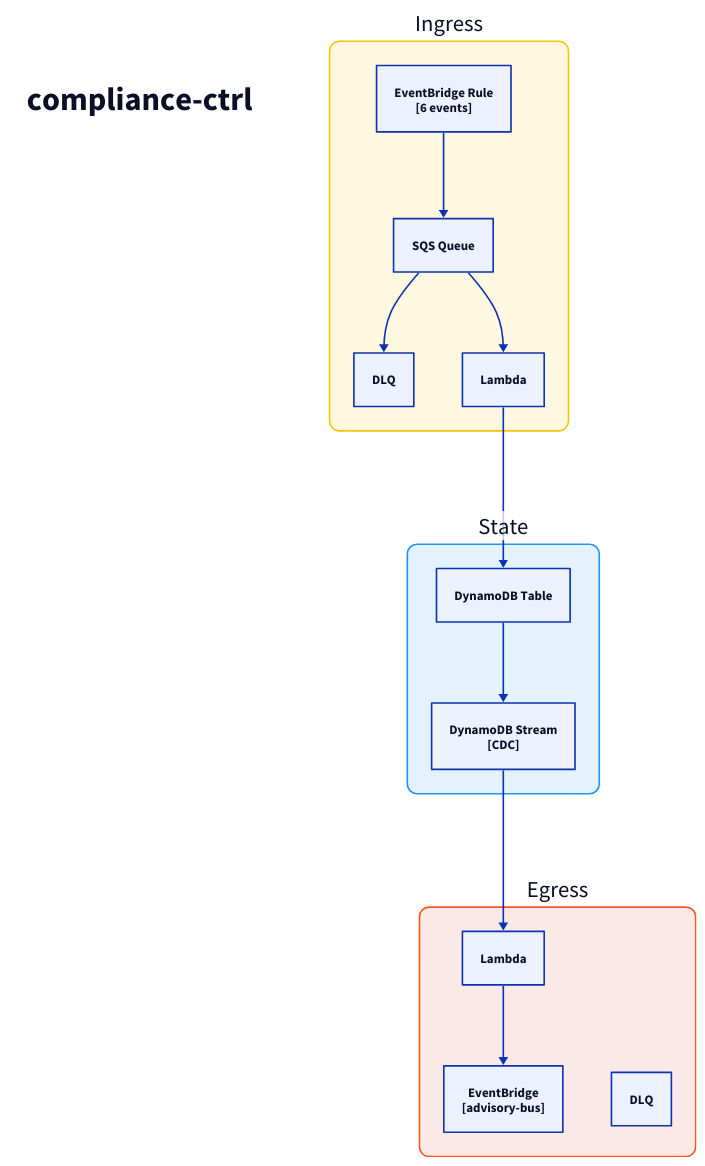
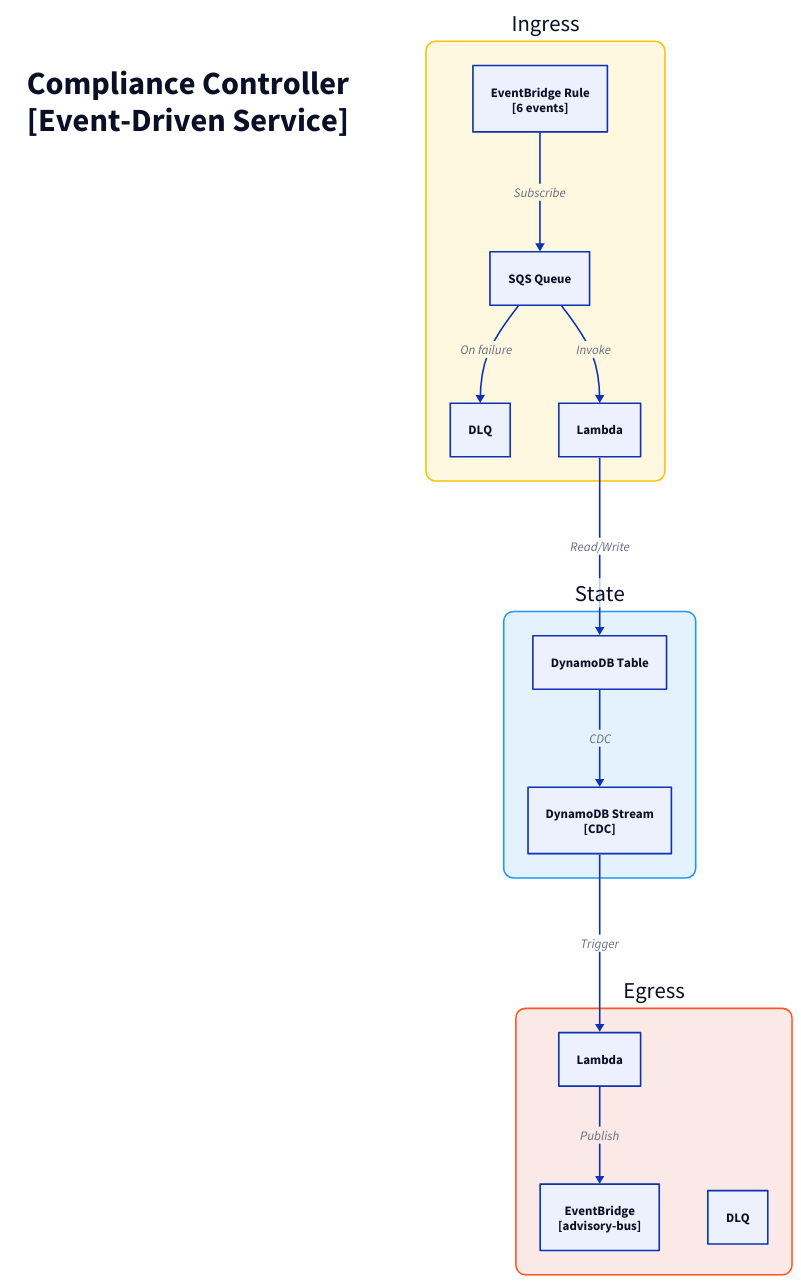
One commit to fabio-vitali/nestfolio changed the diagram in docs/architecture/c3/compliance-ctrl.d2. Above: the diagram before and after it, drawn with D2. The commit also changed 71 other files, not shown here.

Commit message:
fix: regenerate C4 diagrams with semantic labels

```diff
--- a/docs/architecture/c3/compliance-ctrl.d2
+++ b/docs/architecture/c3/compliance-ctrl.d2
@@ -1,36 +1,37 @@
 direction: down
 
-title: "compliance-ctrl" {
+title: "Compliance Controller\n[Event-Driven Service]" {
   style: { font-size: 40; bold: true; fill: transparent; stroke: transparent }
 }
 
 ingress: "Ingress" {
   style: { fill: "#FFF8E1"; stroke: "#FFC107"; border-radius: 12; font-size: 28 }
   rule: "EventBridge Rule\n[6 events]" { class: aws-eventbridge }
   sqs: "SQS Queue" { class: aws-sqs }
   dlq: "DLQ" { class: aws-dlq }
   handler: "Lambda" { class: aws-lambda }
 
-  rule -> sqs -> handler
-  sqs -> dlq
+  rule -> sqs: Subscribe
+  sqs -> handler: Invoke
+  sqs -> dlq: On failure
 }
 
 state: "State" {
   style: { fill: "#E3F2FD"; stroke: "#2196F3"; border-radius: 12; font-size: 28 }
   table: "DynamoDB Table" { class: aws-dynamodb }
   stream: "DynamoDB Stream\n[CDC]" { class: aws-ddb-stream }
-  table -> stream
+  table -> stream: CDC
 }
 
 egress: "Egress" {
   style: { fill: "#FBE9E7"; stroke: "#FF5722"; border-radius: 12; font-size: 28 }
   processor: "Lambda" { class: aws-lambda }
   bus: "EventBridge\n[advisory-bus]" { class: aws-eventbridge }
   dlq: "DLQ" { class: aws-dlq }
 
-  processor -> bus
+  processor -> bus: Publish
 }
 
 # Flows
-ingress.handler -> state.table
-state.stream -> egress.processor
+ingress.handler -> state.table: Read/Write
+state.stream -> egress.processor: Trigger
```
